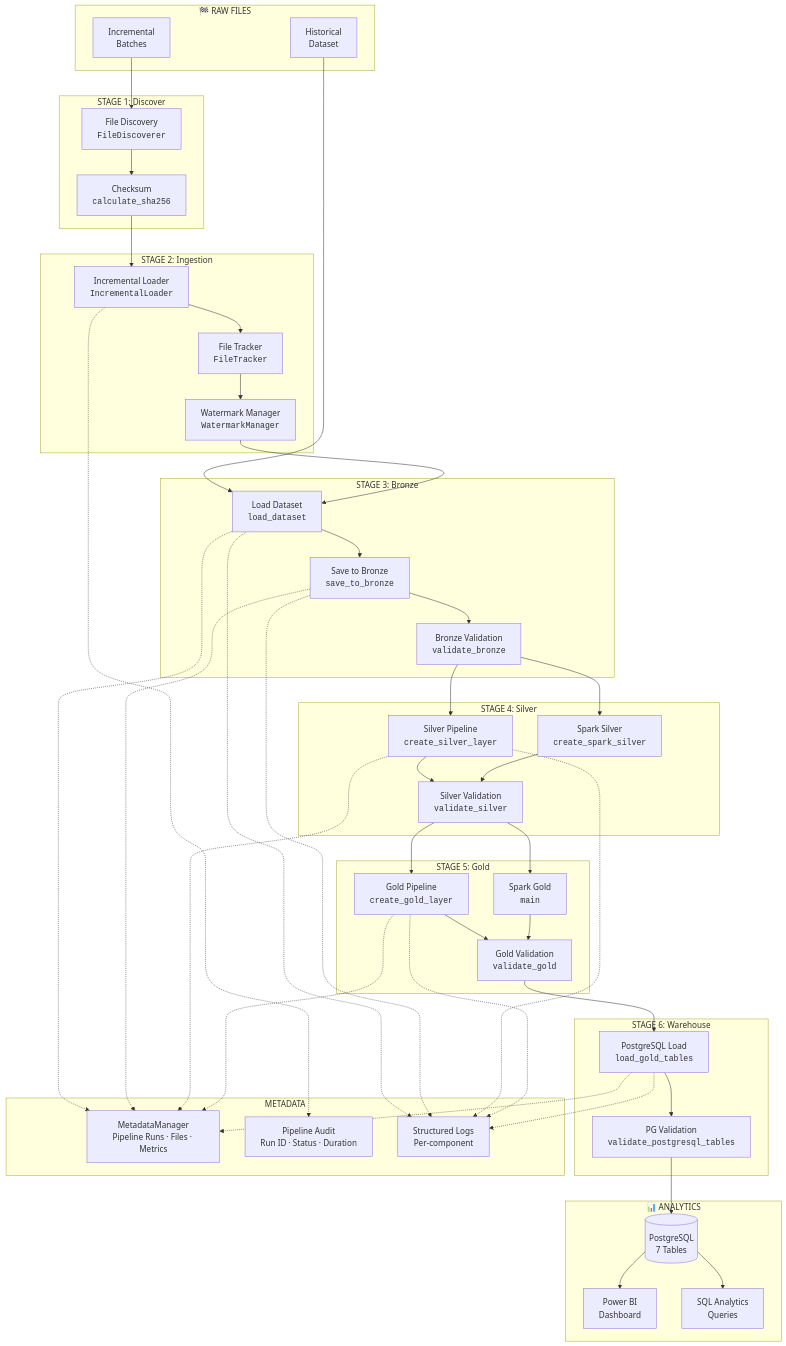
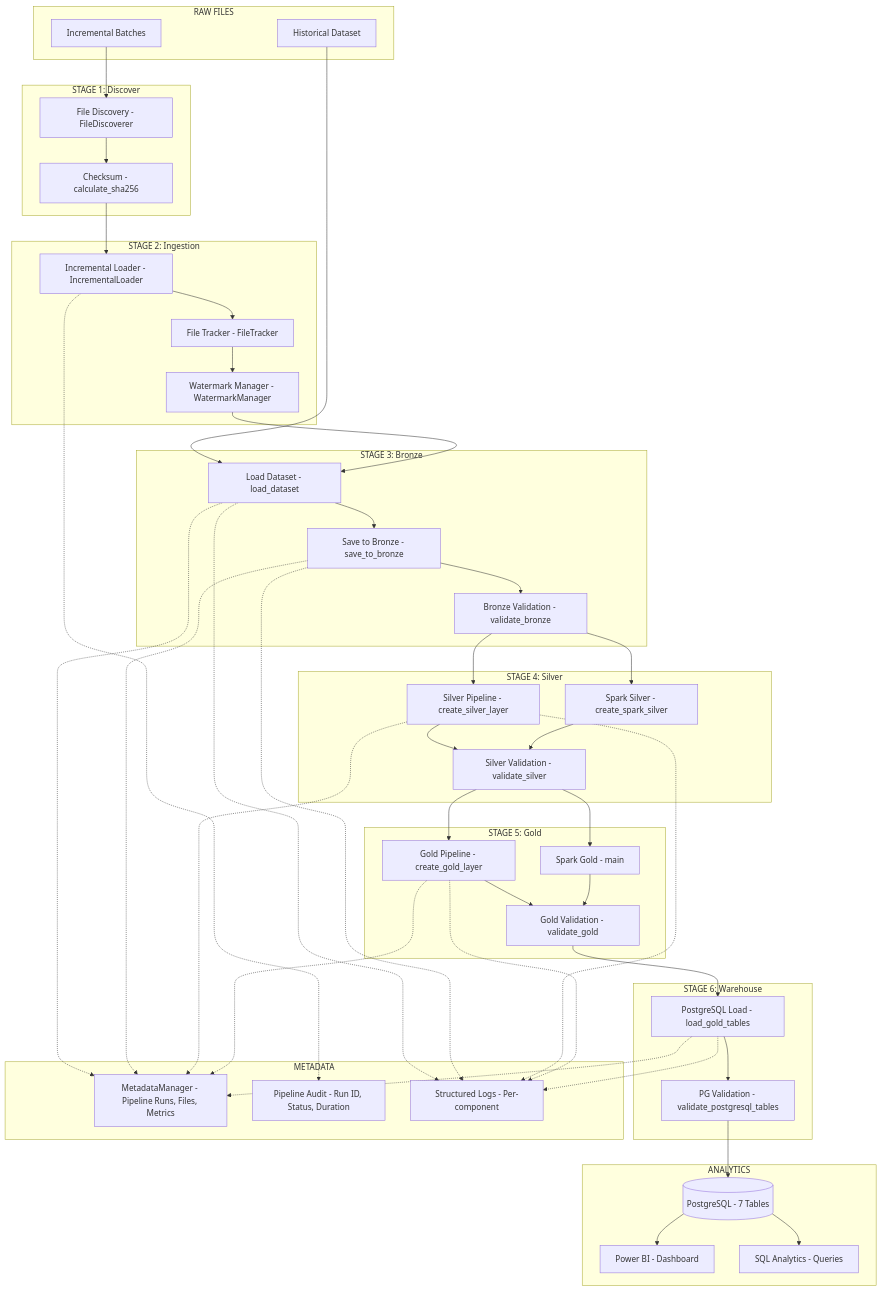
One commit to ojeshwigautam/DataLakehouse-Platform changed the first of 2 diagrams in docs/project-flow.md. Above: the diagram before and after it, drawn with Mermaid. The commit also changed other lines of this file and 3 other files, not shown here.

Commit message:
docs: add comprehensive project documentation and architecture guides

````diff
--- a/docs/project-flow.md
+++ b/docs/project-flow.md
@@ -9,54 +9,55 @@
 ```mermaid
+%%{init: {"flowchart": {"htmlLabels": false}} }%%
 flowchart TB
-    subgraph Raw["🏁 RAW FILES"]
-        HIST[Historical<br/>Dataset]
-        INCR[Incremental<br/>Batches]
+    subgraph Raw["RAW FILES"]
+        HIST[Historical Dataset]
+        INCR[Incremental Batches]
     end
 
     subgraph Stage1["STAGE 1: Discover"]
-        FD[File Discovery<br/><code>FileDiscoverer</code>]
-        CHK[Checksum<br/><code>calculate_sha256</code>]
+        FD[File Discovery - FileDiscoverer]
+        CHK[Checksum - calculate_sha256]
     end
 
     subgraph Stage2["STAGE 2: Ingestion"]
-        IL[Incremental Loader<br/><code>IncrementalLoader</code>]
-        FT[File Tracker<br/><code>FileTracker</code>]
-        WM[Watermark Manager<br/><code>WatermarkManager</code>]
+        IL[Incremental Loader - IncrementalLoader]
+        FT[File Tracker - FileTracker]
+        WM[Watermark Manager - WatermarkManager]
     end
 
     subgraph Stage3["STAGE 3: Bronze"]
-        LOAD[Load Dataset<br/><code>load_dataset</code>]
-        BRONZE[Save to Bronze<br/><code>save_to_bronze</code>]
-        B_VALID[Bronze Validation<br/><code>validate_bronze</code>]
+        LOAD[Load Dataset - load_dataset]
+        BRONZE[Save to Bronze - save_to_bronze]
+        B_VALID[Bronze Validation - validate_bronze]
     end
 
     subgraph Stage4["STAGE 4: Silver"]
-        SILVER_P[Silver Pipeline<br/><code>create_silver_layer</code>]
-        SILVER_S[Spark Silver<br/><code>create_spark_silver</code>]
-        S_VALID[Silver Validation<br/><code>validate_silver</code>]
+        SILVER_P[Silver Pipeline - create_silver_layer]
+        SILVER_S[Spark Silver - create_spark_silver]
+        S_VALID[Silver Validation - validate_silver]
     end
 
     subgraph Stage5["STAGE 5: Gold"]
-        GOLD_P[Gold Pipeline<br/><code>create_gold_layer</code>]
-        GOLD_S[Spark Gold<br/><code>main</code>]
-        G_VALID[Gold Validation<br/><code>validate_gold</code>]
+        GOLD_P[Gold Pipeline - create_gold_layer]
+        GOLD_S[Spark Gold - main]
+        G_VALID[Gold Validation - validate_gold]
     end
 
     subgraph Stage6["STAGE 6: Warehouse"]
-        PG_LOAD[PostgreSQL Load<br/><code>load_gold_tables</code>]
-        PG_VALID[PG Validation<br/><code>validate_postgresql_tables</code>]
+        PG_LOAD[PostgreSQL Load - load_gold_tables]
+        PG_VALID[PG Validation - validate_postgresql_tables]
     end
 
-    subgraph Stage7["📊 ANALYTICS"]
-        PG[(PostgreSQL<br/>7 Tables)]
-        BI[Power BI<br/>Dashboard]
-        QUERIES[SQL Analytics<br/>Queries]
+    subgraph Stage7["ANALYTICS"]
+        PG[(PostgreSQL - 7 Tables)]
+        BI[Power BI - Dashboard]
+        QUERIES[SQL Analytics - Queries]
     end
 
     subgraph Meta["METADATA"]
-        MM[MetadataManager<br/>Pipeline Runs · Files · Metrics]
-        AUDIT[Pipeline Audit<br/>Run ID · Status · Duration]
-        LOG[Structured Logs<br/>Per-component]
+        MM[MetadataManager - Pipeline Runs, Files, Metrics]
+        AUDIT[Pipeline Audit - Run ID, Status, Duration]
+        LOG[Structured Logs - Per-component]
     end
 
     %% Flow connections
````
